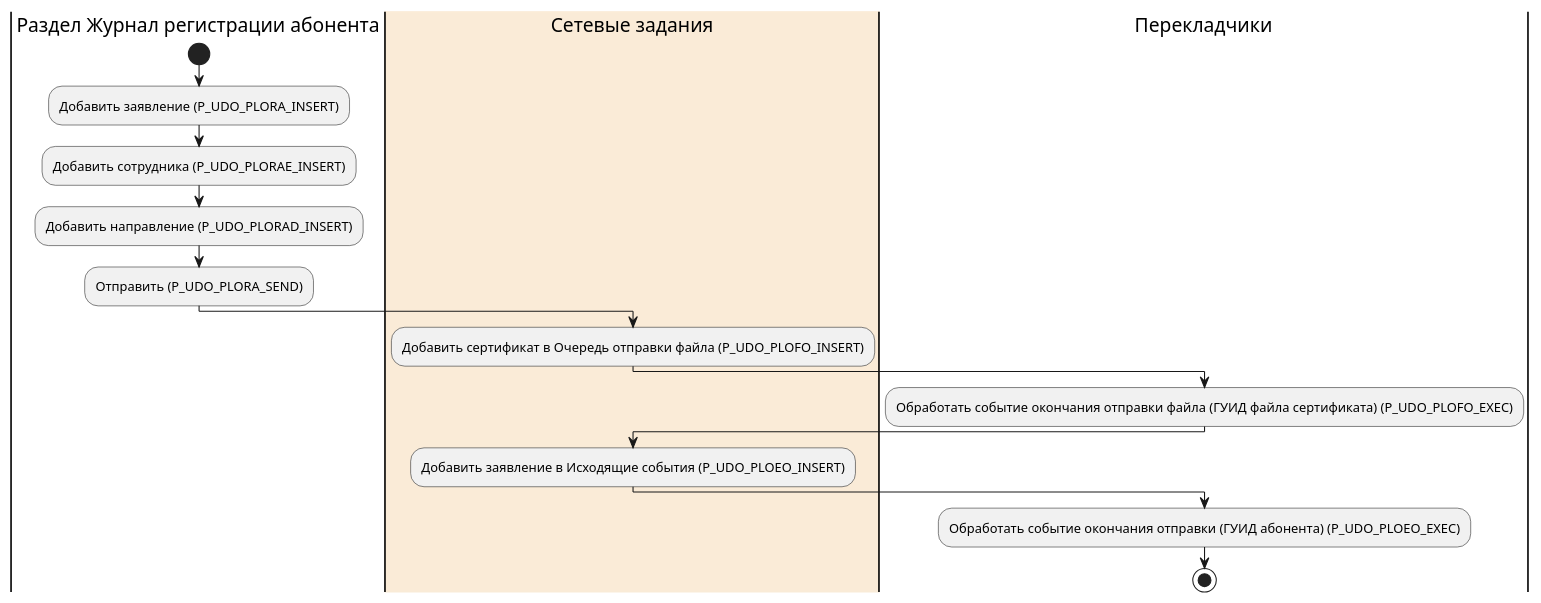
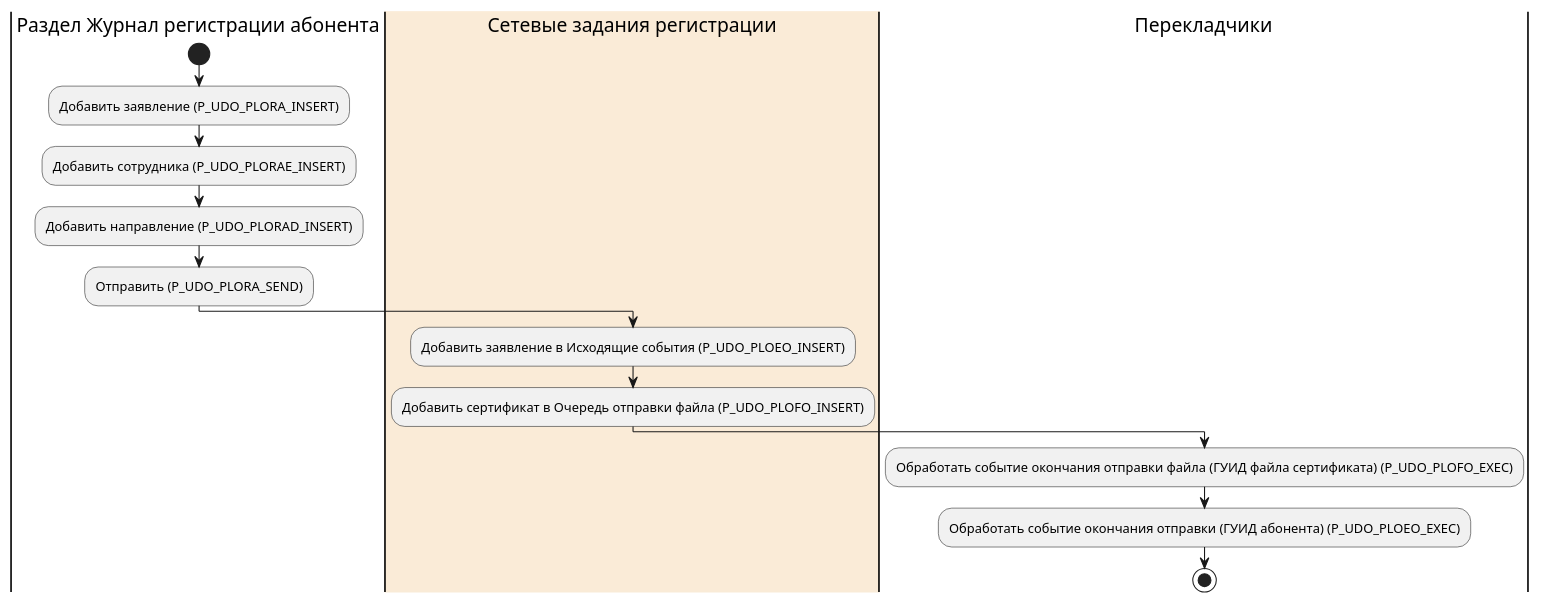
One commit to citpb/platform-astral-schemes changed the diagram in udo_plora_activity_reg.puml. Above: the diagram before and after it, drawn with PlantUML.

Commit message:
Update udo_plora_activity_reg.puml
Исправлена последовательность добавления в Сетевые задания регистрации и срабатывания перекладчиков.

```diff
--- a/udo_plora_activity_reg.puml
+++ b/udo_plora_activity_reg.puml
@@ -1,17 +1,15 @@
 @startuml
 |Раздел Журнал регистрации абонента|
 start
 :Добавить заявление (P_UDO_PLORA_INSERT);
 :Добавить сотрудника (P_UDO_PLORAE_INSERT);
 :Добавить направление (P_UDO_PLORAD_INSERT);
 :Отправить (P_UDO_PLORA_SEND); 
-|#AntiqueWhite|Сетевые задания|
+|#AntiqueWhite|Сетевые задания регистрации|
+:Добавить заявление в Исходящие события (P_UDO_PLOEO_INSERT);
 :Добавить сертификат в Очередь отправки файла (P_UDO_PLOFO_INSERT);
 |Перекладчики|
 :Обработать событие окончания отправки файла (ГУИД файла сертификата) (P_UDO_PLOFO_EXEC);
-|Сетевые задания|
-:Добавить заявление в Исходящие события (P_UDO_PLOEO_INSERT);
-|Перекладчики|
 :Обработать событие окончания отправки (ГУИД абонента) (P_UDO_PLOEO_EXEC);
 stop
 @enduml
```
